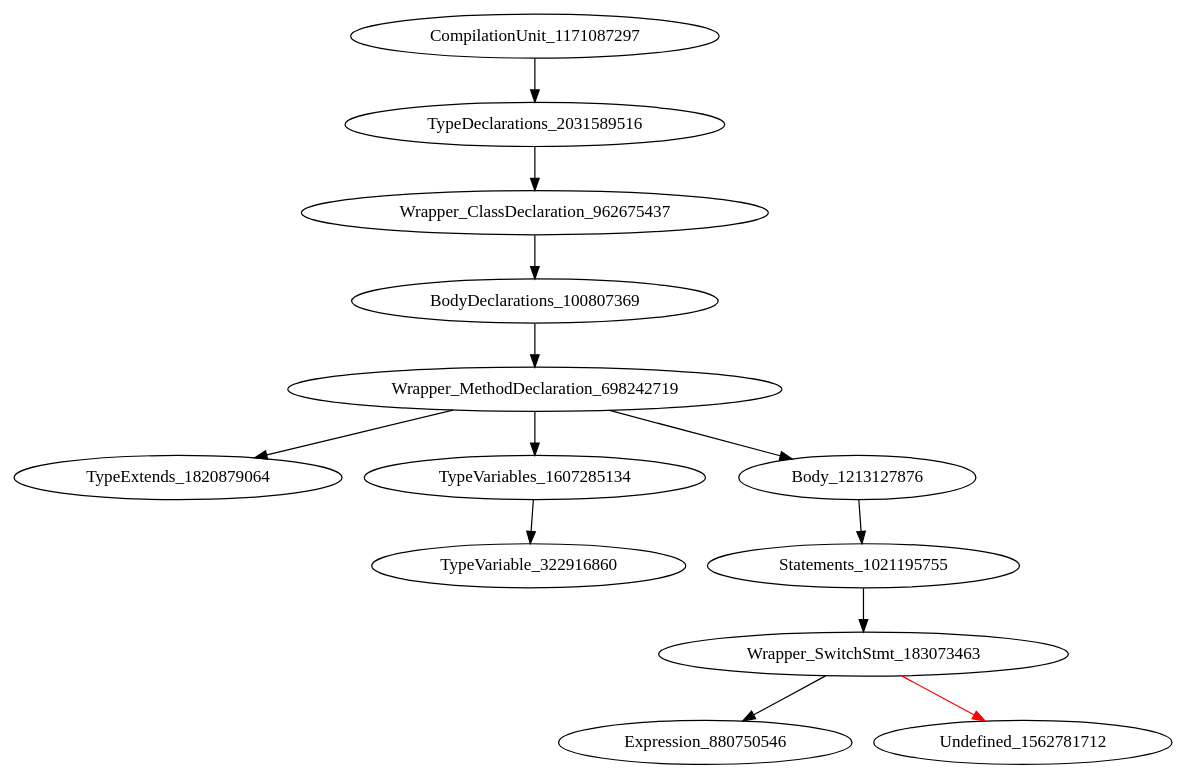
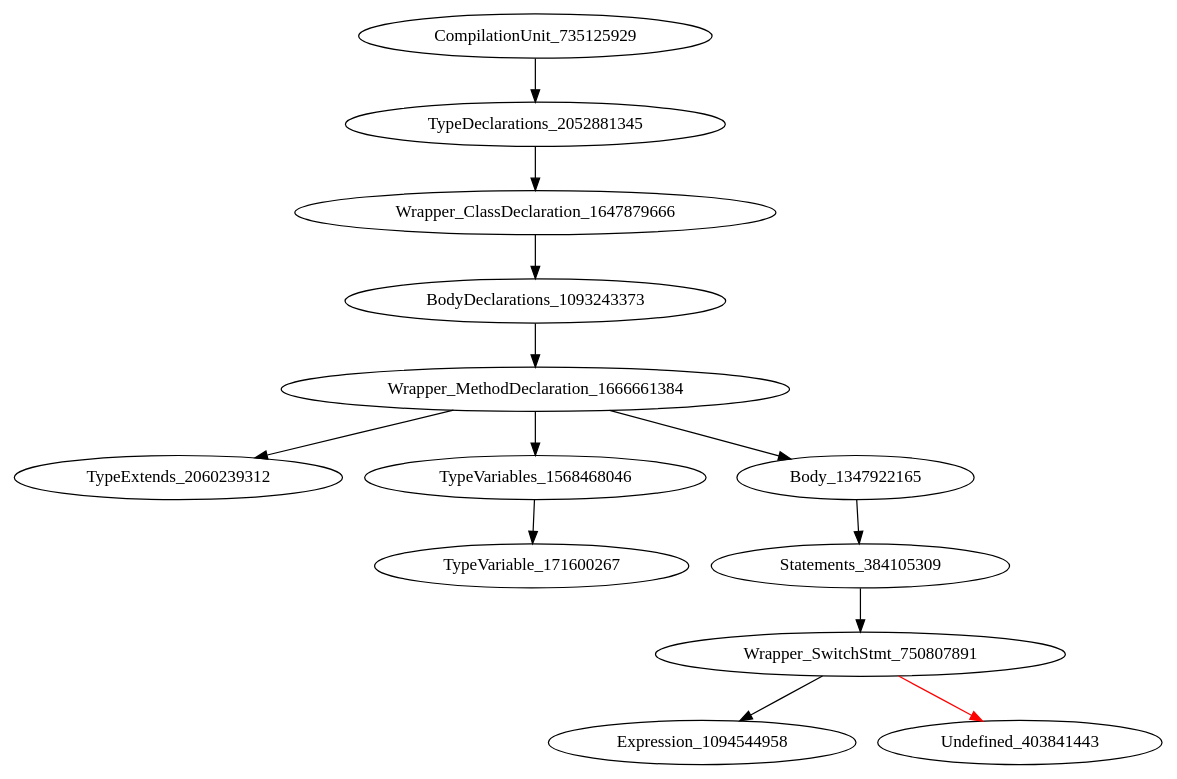
One commit to icse2023material/VoiceJava changed the diagram in holeAST.dot. Above: the diagram before and after it, drawn with Graphviz. The commit also changed 34 other files, not shown here.

```diff
--- a/holeAST.dot
+++ b/holeAST.dot
@@ -1,14 +1,14 @@
 digraph {
-CompilationUnit_1171087297 -> TypeDeclarations_2031589516
-TypeDeclarations_2031589516 -> Wrapper_ClassDeclaration_962675437
-Wrapper_ClassDeclaration_962675437 -> BodyDeclarations_100807369
-BodyDeclarations_100807369 -> Wrapper_MethodDeclaration_698242719
-Wrapper_MethodDeclaration_698242719 -> TypeExtends_1820879064
-Wrapper_MethodDeclaration_698242719 -> TypeVariables_1607285134
-Wrapper_MethodDeclaration_698242719 -> Body_1213127876
-TypeVariables_1607285134 -> TypeVariable_322916860
-Body_1213127876 -> Statements_1021195755
-Statements_1021195755 -> Wrapper_SwitchStmt_183073463
-Wrapper_SwitchStmt_183073463 -> Expression_880750546
-Wrapper_SwitchStmt_183073463 -> Undefined_1562781712 [color = red] 
+CompilationUnit_735125929 -> TypeDeclarations_2052881345
+TypeDeclarations_2052881345 -> Wrapper_ClassDeclaration_1647879666
+Wrapper_ClassDeclaration_1647879666 -> BodyDeclarations_1093243373
+BodyDeclarations_1093243373 -> Wrapper_MethodDeclaration_1666661384
+Wrapper_MethodDeclaration_1666661384 -> TypeExtends_2060239312
+Wrapper_MethodDeclaration_1666661384 -> TypeVariables_1568468046
+Wrapper_MethodDeclaration_1666661384 -> Body_1347922165
+TypeVariables_1568468046 -> TypeVariable_171600267
+Body_1347922165 -> Statements_384105309
+Statements_384105309 -> Wrapper_SwitchStmt_750807891
+Wrapper_SwitchStmt_750807891 -> Expression_1094544958
+Wrapper_SwitchStmt_750807891 -> Undefined_403841443 [color = red] 
 }
```
